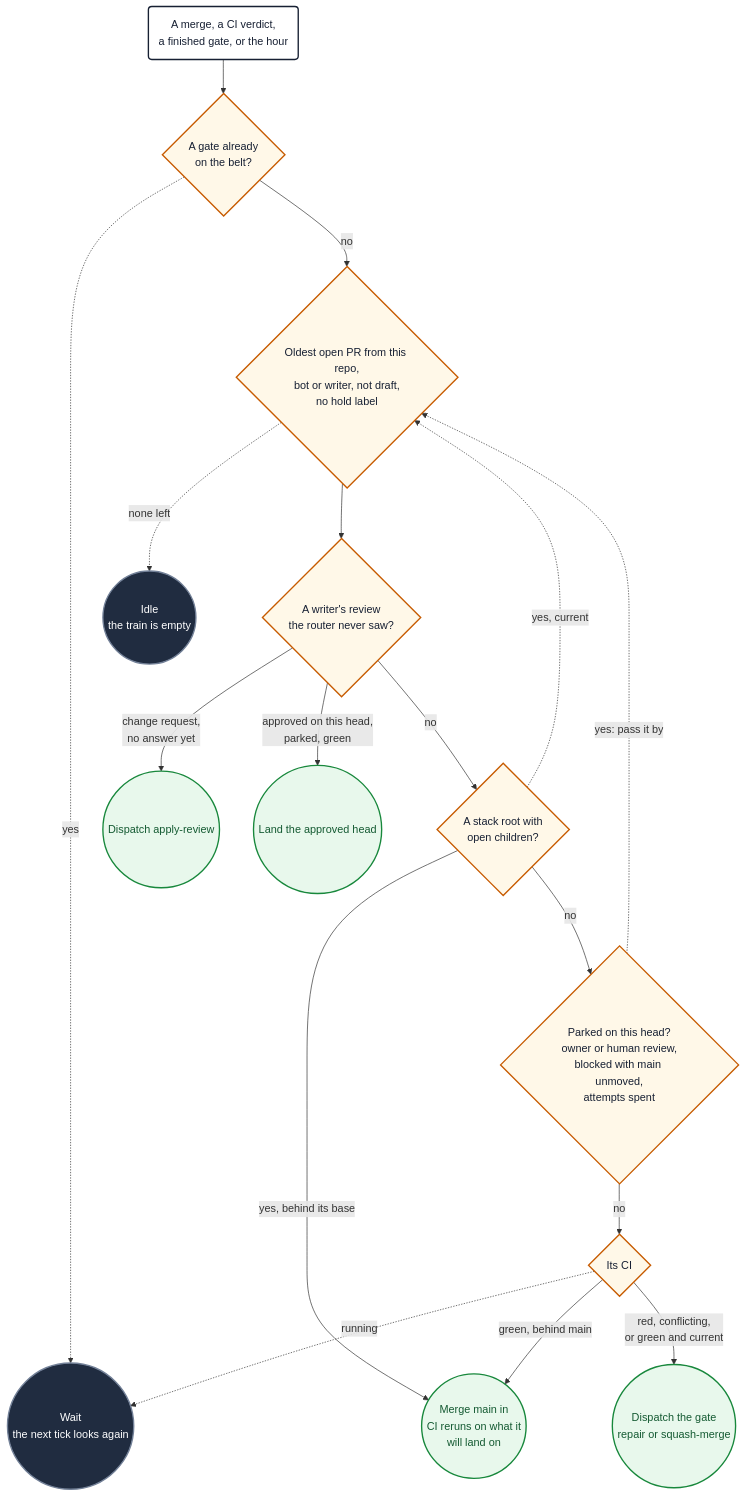
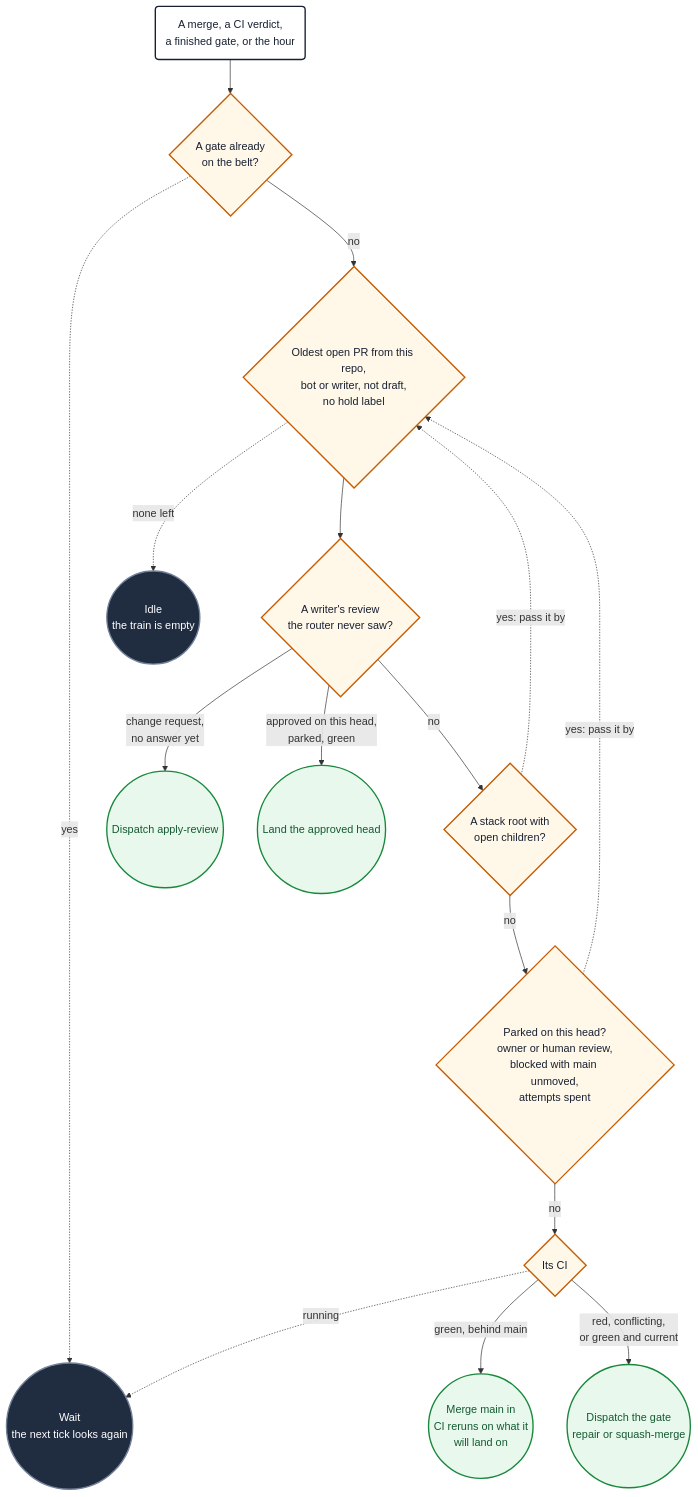
Before and after one commit to PlainConceptsPlatform/agentic-workflows: the third of 16 diagrams in loops/docs/diagrams.md, drawn with Mermaid. The commit also changed other lines of this file and 5 other files, not shown here.

Commit message:
fix(merge-train): do not update a stack root while its children are open; 1.24.1 (#549)

````diff
--- a/loops/docs/diagrams.md
+++ b/loops/docs/diagrams.md
@@ -129,40 +129,39 @@
 ```mermaid
 flowchart TD
     trainTick("A merge, a CI verdict,<br/>a finished gate, or the hour") --> trainLive
     trainLive{"A gate already<br/>on the belt?"}
     trainLive -.->|yes| trainWait
     trainLive -->|no| trainNext
     trainNext{"Oldest open PR from this repo,<br/>bot or writer, not draft,<br/>no hold label"}
     trainNext -.->|"none left"| trainIdle
     trainNext --> trainReview
     trainReview{"A writer's review<br/>the router never saw?"}
     trainReview -->|"change request,<br/>no answer yet"| trainApply
     trainReview -->|"approved on this head,<br/>parked, green"| trainLand
     trainReview -->|no| trainRoot
     trainRoot{"A stack root with<br/>open children?"}
-    trainRoot -->|"yes, behind its base"| trainUpdate
-    trainRoot -.->|"yes, current"| trainNext
+    trainRoot -.->|"yes: pass it by"| trainNext
     trainRoot -->|no| trainPark
     trainPark{"Parked on this head?<br/>owner or human review,<br/>blocked with main unmoved,<br/>attempts spent"}
     trainPark -.->|"yes: pass it by"| trainNext
     trainPark -->|no| trainCi
     trainCi{"Its CI"}
     trainCi -.->|running| trainWait
     trainCi -->|"green, behind main"| trainUpdate
     trainCi -->|"red, conflicting,<br/>or green and current"| trainGate
     trainUpdate(("Merge main in<br/>CI reruns on what it<br/>will land on"))
     trainGate(("Dispatch the gate<br/>repair or squash-merge"))
     trainApply(("Dispatch apply-review"))
     trainLand(("Land the approved head"))
     trainWait(("Wait<br/>the next tick looks again"))
     trainIdle(("Idle<br/>the train is empty"))
 
     classDef start fill:#ffffff,stroke:#172033,stroke-width:2px,color:#172033
     classDef decision fill:#fff8e8,stroke:#c75b00,stroke-width:2px,color:#172033
     classDef idle fill:#202c40,stroke:#738198,stroke-width:2px,color:#ffffff
     classDef success fill:#e8f8ec,stroke:#18883c,stroke-width:2px,color:#145a32
     class trainTick start
     class trainLive,trainNext,trainReview,trainRoot,trainPark,trainCi decision
     class trainWait,trainIdle idle
     class trainUpdate,trainGate,trainApply,trainLand success
 ```
````
